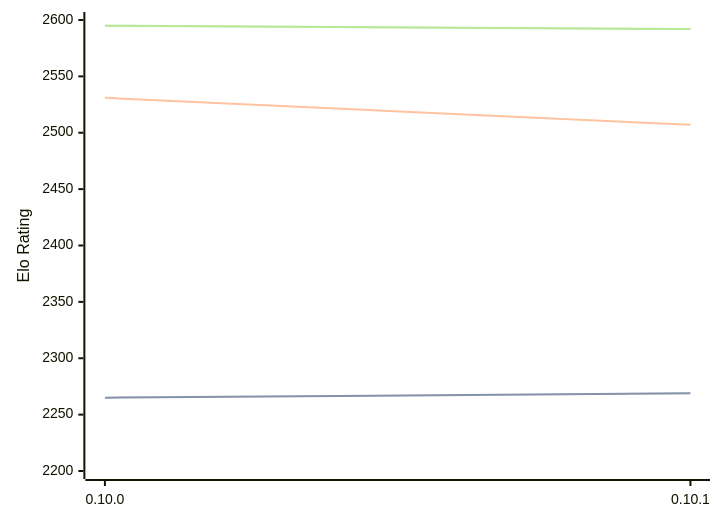
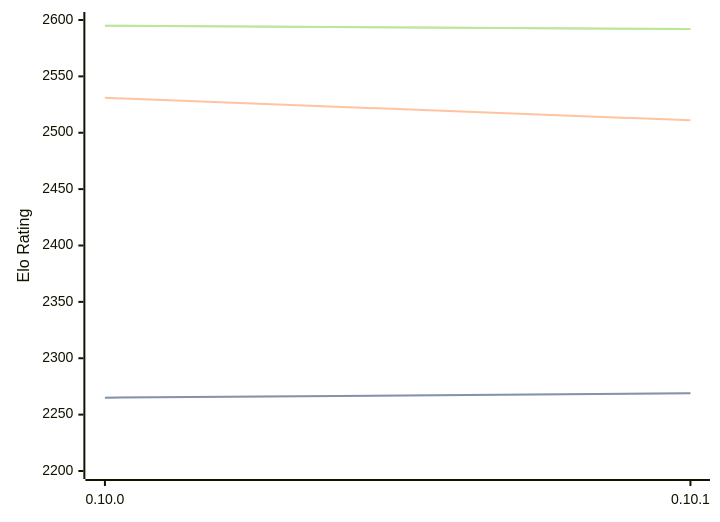
The diagram in engines/Fatalii.md (computer-chess-index/cci), drawn with Mermaid before and after one commit. The commit also changed other lines of this file, not shown here.

````diff
--- a/engines/Fatalii.md
+++ b/engines/Fatalii.md
@@ -46,11 +46,11 @@
 ```mermaid
 %%{init: {"theme":"base","themeVariables":{"seriesColors:['#a3a3a3','#222221','#faa371']}}}%%
 xychart-beta
   x-axis ["0.10.0", "0.10.1"]
   y-axis "Elo Rating" 2200 --> 2600
   line "STC (8.0+0.08s)" [2265, 2269]
   line "STC (8.0+0.08s)" [2265, 2269]
-  line "LTC (60.0+0.60s)" [2531, 2507]
+  line "LTC (60.0+0.60s)" [2531, 2511]
   line "VLTC (2m24s+1.12s)" [2595, 2592]
   line "VLTC (2m24s+1.12s)" [2595, 2592]
 ```
````
